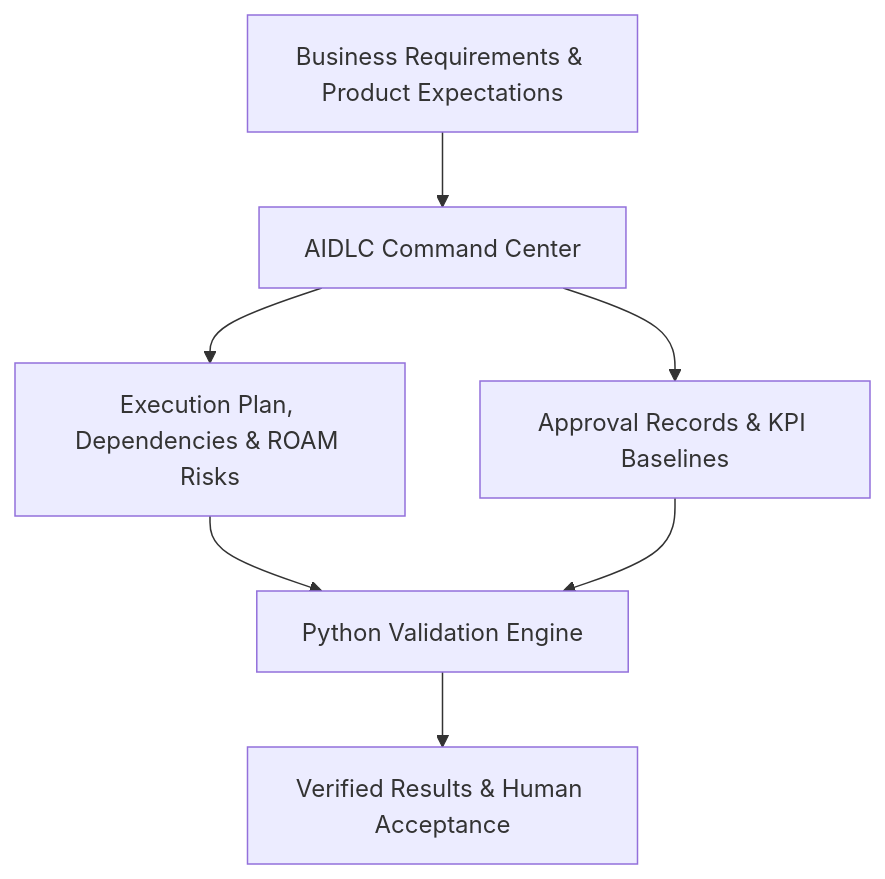
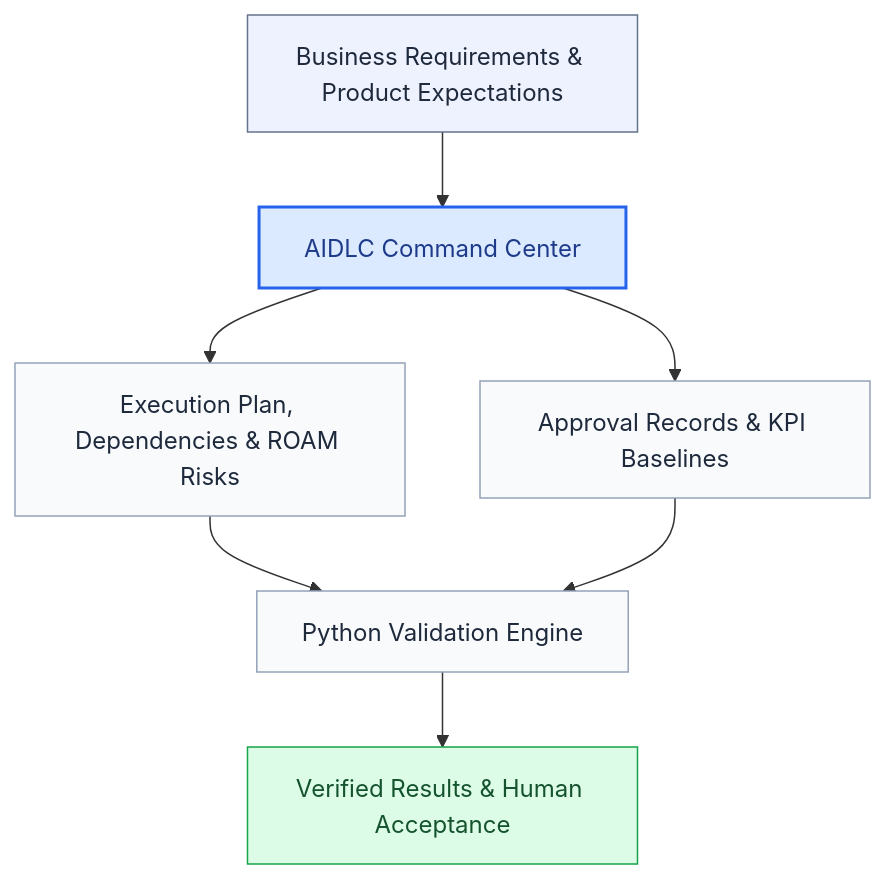
Before and after one commit to mdevi25/customerconnect-api: the first of 3 diagrams in README.md, drawn with Mermaid. The commit also changed other lines of this file, not shown here.

````diff
--- a/README.md
+++ b/README.md
@@ -29,16 +29,25 @@
 ```mermaid
 flowchart TD
     A["Business Requirements & Product Expectations"]
     B["AIDLC Command Center"]
     C["Execution Plan, Dependencies & ROAM Risks"]
     D["Approval Records & KPI Baselines"]
     E["Python Validation Engine"]
     F["Verified Results & Human Acceptance"]
 
     A --> B
     B --> C
     B --> D
     C --> E
     D --> E
     E --> F
+
+    classDef foundation fill:#eef2ff,stroke:#64748b,color:#1e293b
+    classDef role fill:#f8fafc,stroke:#94a3b8,color:#1e293b
+    classDef control fill:#dbeafe,stroke:#2563eb,stroke-width:2px,color:#1e3a8a
+    classDef decision fill:#dcfce7,stroke:#16a34a,color:#14532d
+    class A foundation
+    class C,D,E role
+    class B control
+    class F decision
 ```
````
